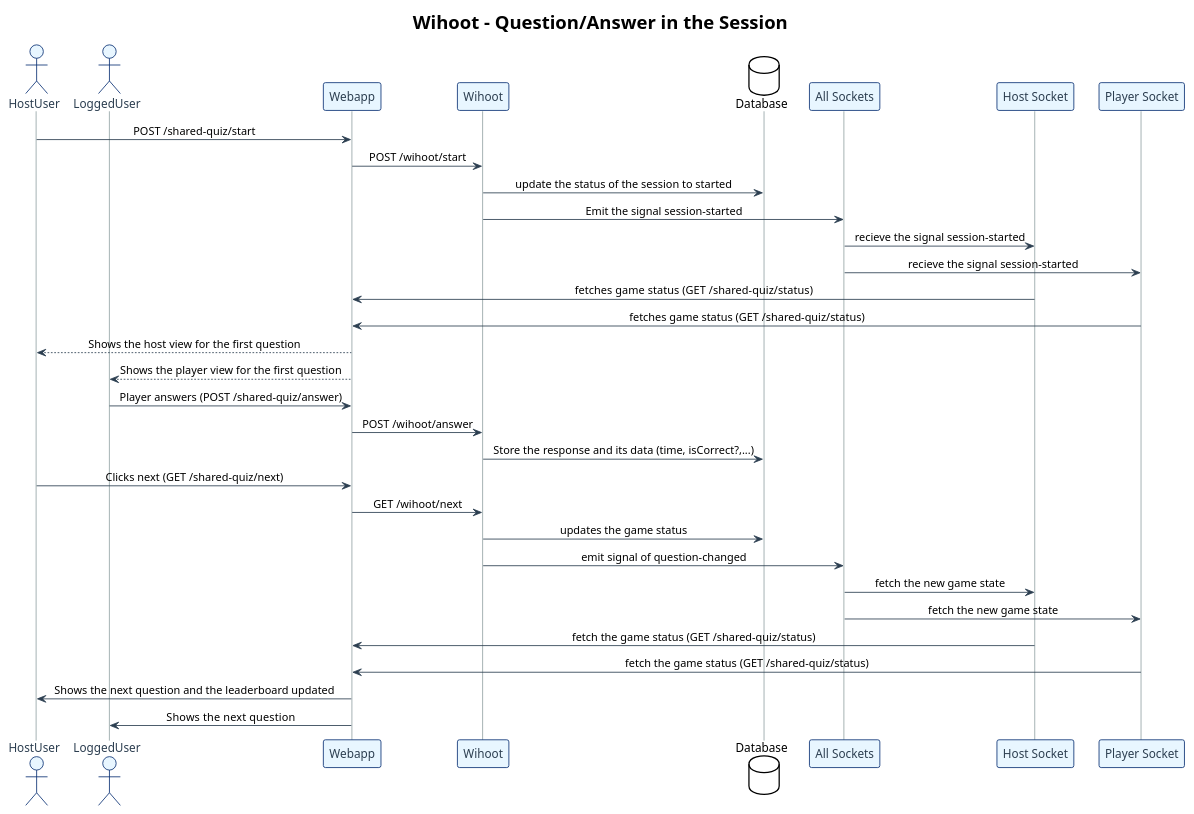
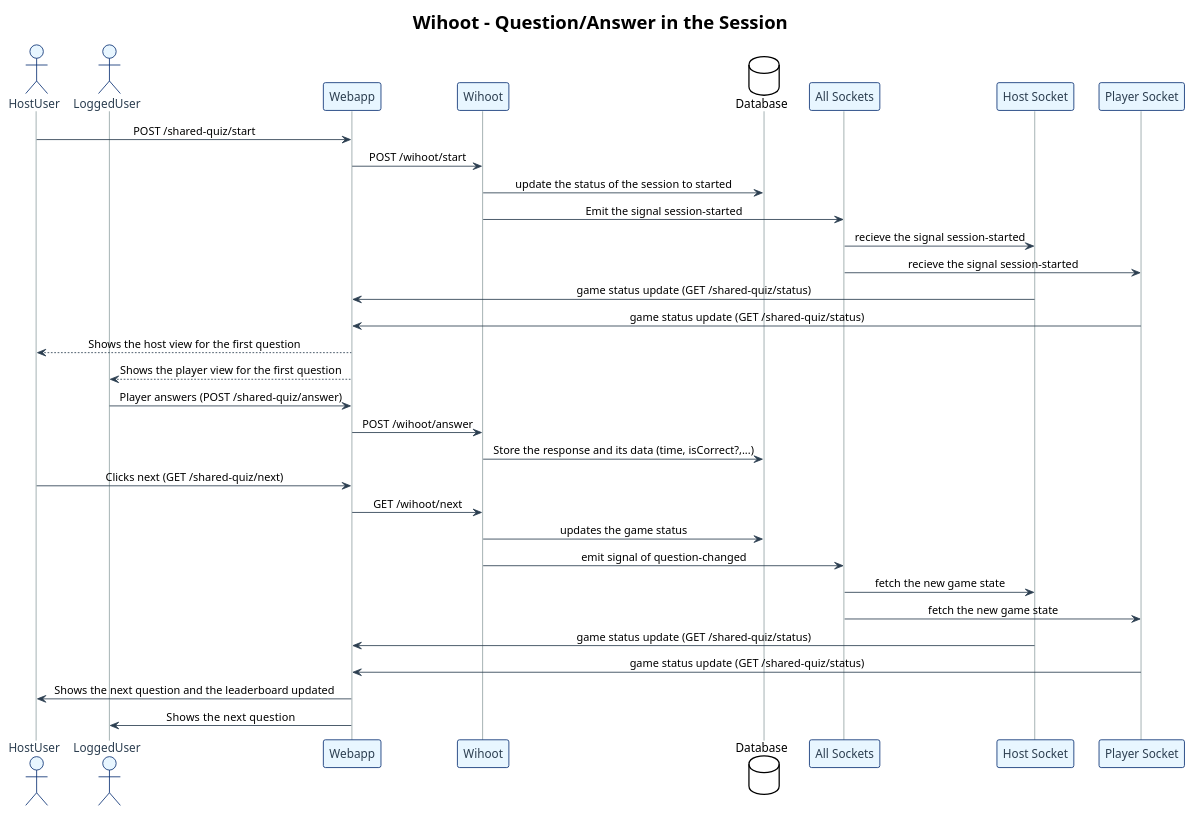
One commit to Arquisoft/wichat_en2b changed the third of 3 diagrams in docs/src/04_solution_strategy.adoc. Above: the diagram before and after it, drawn with PlantUML.

Commit message:
#202 -typo in prev

```diff
--- a/docs/src/04_solution_strategy.adoc
+++ b/docs/src/04_solution_strategy.adoc
@@ -344,68 +344,68 @@
 [plantuml]
 ----
 @startuml
 title Wihoot - Question/Answer in the Session
 !theme plain
 skinparam BackgroundColor transparent
 skinparam sequenceMessageAlign center
 
 skinparam sequence {
 ArrowColor #2C3E50
 LifeLineBorderColor #95A5A6
 LifeLineBackgroundColor #ECF0F1
 
     ParticipantBorderColor #0d3375
     ParticipantBackgroundColor #E8F6FF
     ParticipantFontColor #2C3E50
     ParticipantFontSize 14
 
     ActorBorderColor #0d3375
     ActorBackgroundColor #E8F6FF
     ActorFontColor #2C3E50
     ActorFontSize 14
 
     DatabaseBorderColor #9B59B6
     DatabaseBackgroundColor #F4ECF7
 }
 
 actor "HostUser" as LoggedUser1
 actor "LoggedUser" as LoggedUser2
 participant "Webapp" as Webapp
 participant "Wihoot" as Wihoot
 database "Database" as DB
 participant "All Sockets" as IO
 participant "Host Socket" as HS
 participant "Player Socket" as PS
 
 LoggedUser1 -> Webapp: POST /shared-quiz/start
 Webapp -> Wihoot: POST /wihoot/start
 Wihoot -> DB: update the status of the session to started
 Wihoot -> IO: Emit the signal session-started
 
 IO -> HS: recieve the signal session-started
 IO -> PS: recieve the signal session-started
-HS-> Webapp: fetches  game status (GET /shared-quiz/status)
-PS -> Webapp: fetches game status (GET /shared-quiz/status)
+HS-> Webapp: game status update (GET /shared-quiz/status)
+PS -> Webapp: game status update (GET /shared-quiz/status)
 
 Webapp --> LoggedUser1: Shows the host view for the first question
 Webapp --> LoggedUser2: Shows the player view for the first question
 
 LoggedUser2 -> Webapp: Player answers (POST /shared-quiz/answer)
 Webapp -> Wihoot: POST /wihoot/answer
 Wihoot -> DB: Store the response and its data (time, isCorrect?,...)
 
 LoggedUser1 -> Webapp: Clicks next (GET /shared-quiz/next)
 Webapp -> Wihoot: GET /wihoot/next
 Wihoot -> DB: updates the game status
 
 Wihoot -> IO: emit signal of question-changed
 IO -> HS: fetch the new game state
 IO -> PS: fetch the new game state
-HS-> Webapp: fetch the game status (GET /shared-quiz/status)
-PS -> Webapp: fetch the game status (GET /shared-quiz/status)
+HS-> Webapp: game status update (GET /shared-quiz/status)
+PS -> Webapp: game status update (GET /shared-quiz/status)
 
 Webapp -> LoggedUser1: Shows the next question and the leaderboard updated
 Webapp -> LoggedUser2: Shows the next  question
 
 @enduml
 ----
```
